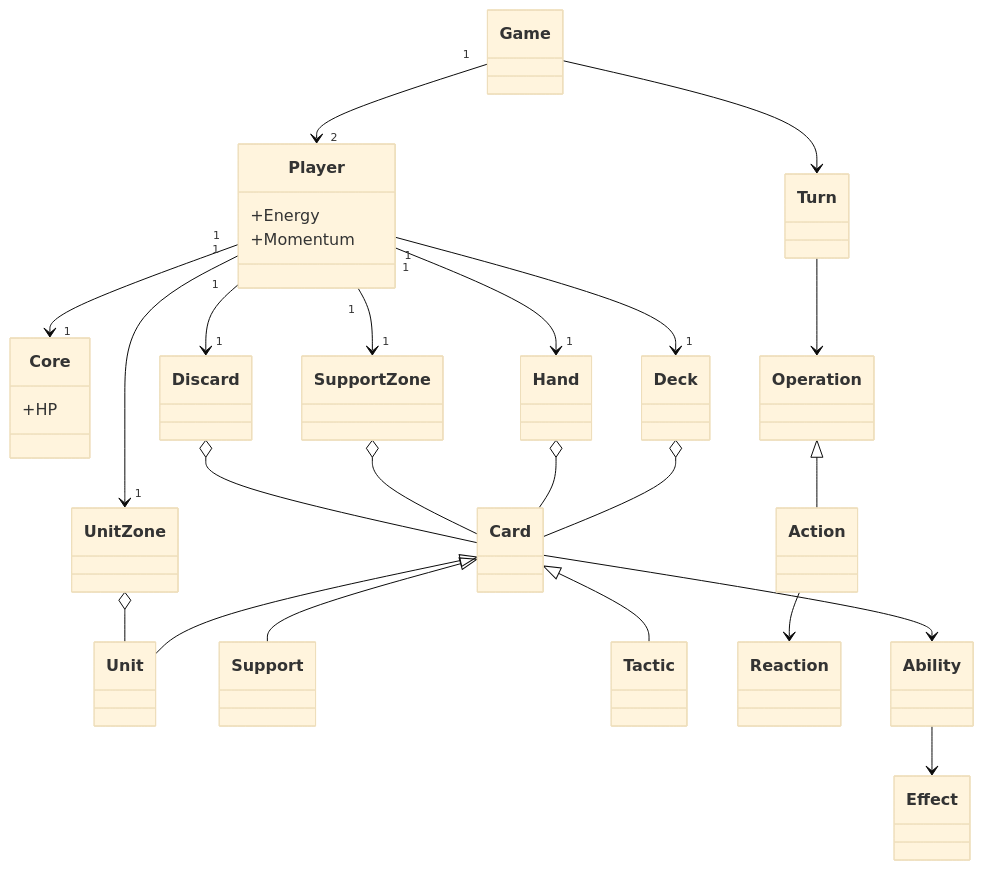
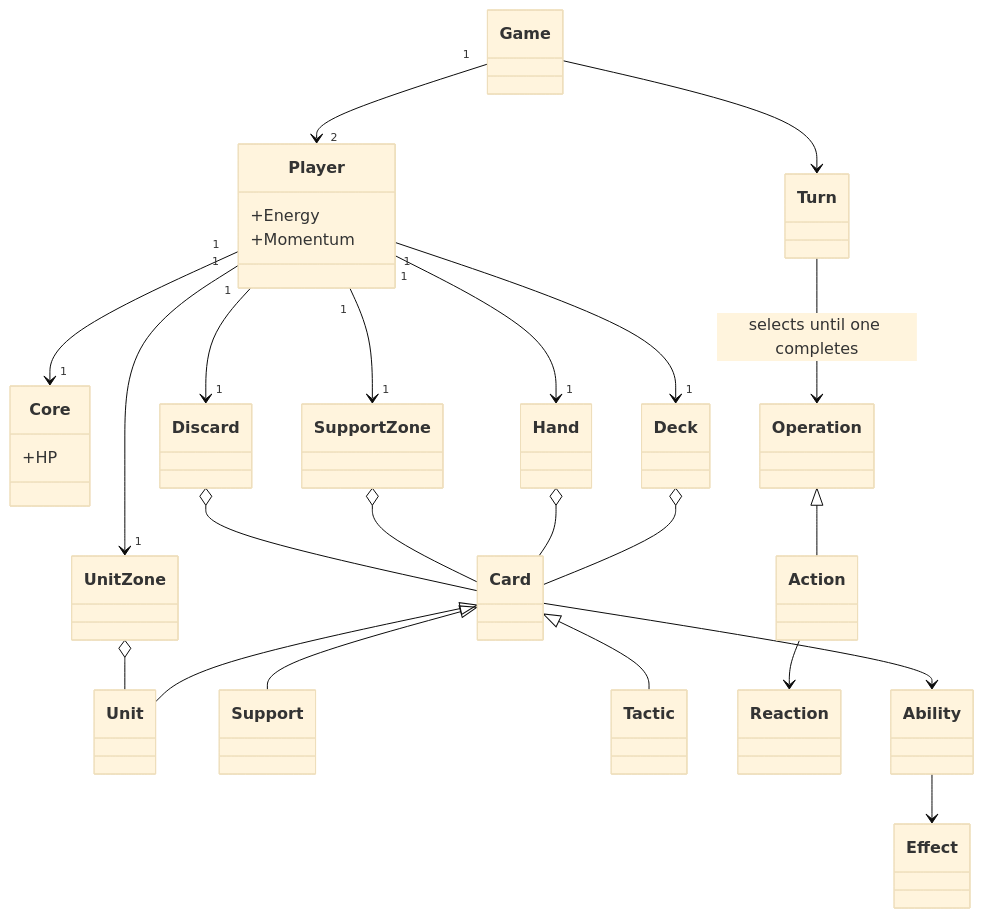
One commit to kjun1/card-game changed the diagram in docs/model/domain-model.md. Above: the diagram before and after it, drawn with Mermaid (base theme). The commit also changed other lines of this file and 8 other files, not shown here.

Commit message:
docs: clarify turn and operation semantics

```diff
--- a/docs/model/domain-model.md
+++ b/docs/model/domain-model.md
@@ -9,51 +9,51 @@
 ~~~mermaid
 classDiagram
     class Game
     class Player {
       +Energy
       +Momentum
     }
     class Core {
       +HP
     }
     class Deck
     class Hand
     class UnitZone
     class SupportZone
     class Discard
     class Card
     class Unit
     class Support
     class Tactic
     class Turn
     class Operation
     class Action
     class Reaction
     class Ability
     class Effect
 
     Game "1" --> "2" Player
     Player "1" --> "1" Core
     Player "1" --> "1" Deck
     Player "1" --> "1" Hand
     Player "1" --> "1" UnitZone
     Player "1" --> "1" SupportZone
     Player "1" --> "1" Discard
 
     Card <|-- Unit
     Card <|-- Support
     Card <|-- Tactic
 
     Deck o-- Card
     Hand o-- Card
     UnitZone o-- Unit
     SupportZone o-- Card
     Discard o-- Card
 
     Game --> Turn
-    Turn --> Operation
+    Turn --> Operation : selects until one completes
     Operation <|-- Action
     Action --> Reaction
     Card --> Ability
     Ability --> Effect
 ~~~
```
